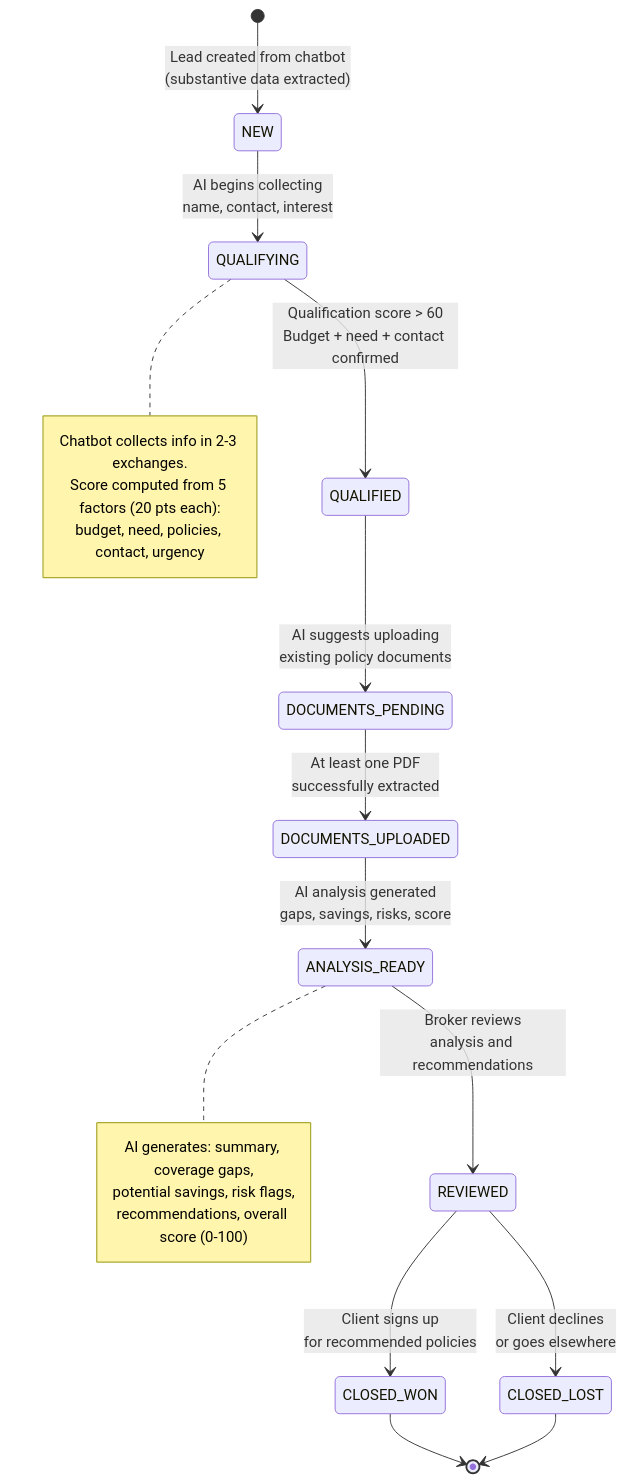
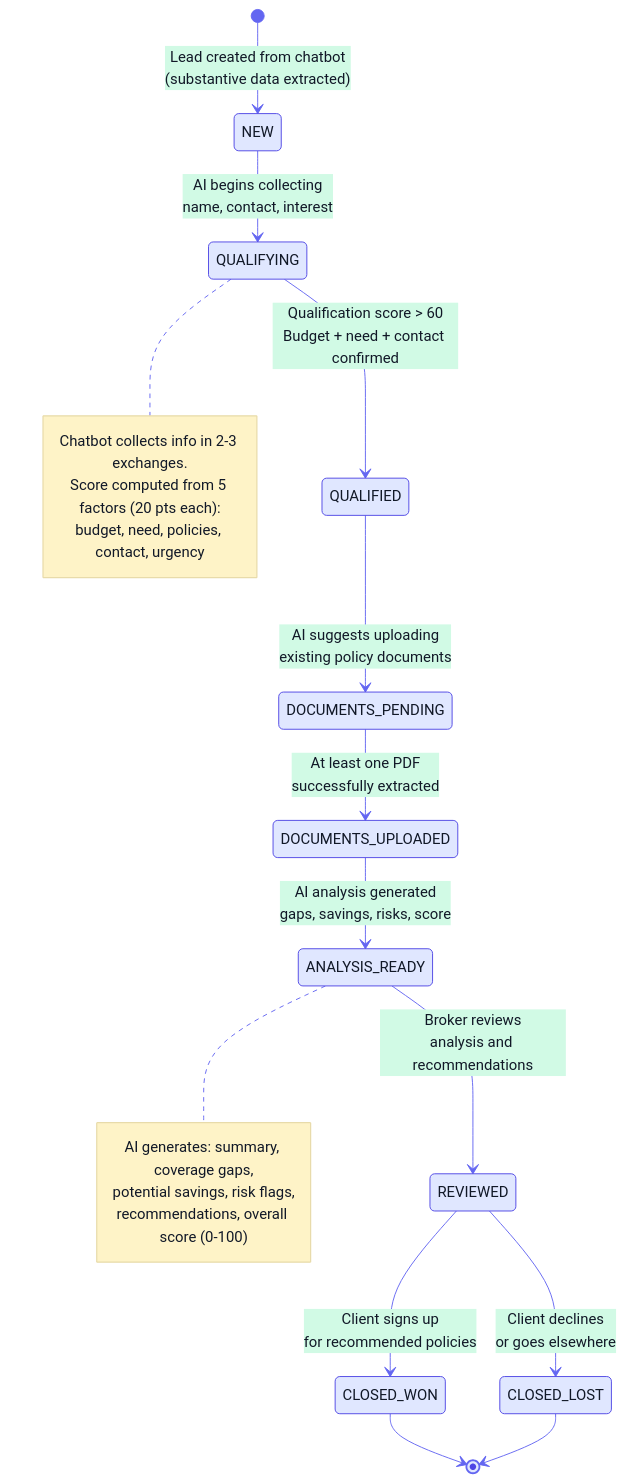
Before and after one commit to Aarav238/secureLife-ai: the second of 3 diagrams in diagrams/er-diagram.md, drawn with Mermaid. The commit also changed other lines of this file and 2 other files, not shown here.

Commit message:
feat: update diagrams with consistent theme variables for improved styling and clarity

````diff
--- a/diagrams/er-diagram.md
+++ b/diagrams/er-diagram.md
@@ -85,32 +86,33 @@
 ```mermaid
+%%{init: {'theme': 'base', 'themeVariables': {'primaryColor': '#e0e7ff', 'primaryTextColor': '#111827', 'primaryBorderColor': '#4f46e5', 'lineColor': '#6366f1', 'secondaryColor': '#d1fae5', 'tertiaryColor': '#fef3c7', 'noteBkgColor': '#fef3c7', 'noteTextColor': '#111827', 'labelTextColor': '#111827'}}}%%
 stateDiagram-v2
     [*] --> NEW : Lead created from chatbot<br/>(substantive data extracted)
 
     NEW --> QUALIFYING : AI begins collecting<br/>name, contact, interest
     QUALIFYING --> QUALIFIED : Qualification score > 60<br/>Budget + need + contact confirmed
 
     QUALIFIED --> DOCUMENTS_PENDING : AI suggests uploading<br/>existing policy documents
     DOCUMENTS_PENDING --> DOCUMENTS_UPLOADED : At least one PDF<br/>successfully extracted
 
     DOCUMENTS_UPLOADED --> ANALYSIS_READY : AI analysis generated<br/>gaps, savings, risks, score
 
     ANALYSIS_READY --> REVIEWED : Broker reviews<br/>analysis and recommendations
 
     REVIEWED --> CLOSED_WON : Client signs up<br/>for recommended policies
     REVIEWED --> CLOSED_LOST : Client declines<br/>or goes elsewhere
 
     CLOSED_WON --> [*]
     CLOSED_LOST --> [*]
 
     note right of QUALIFYING
         Chatbot collects info in 2-3 exchanges.
         Score computed from 5 factors (20 pts each):
         budget, need, policies, contact, urgency
     end note
 
     note right of ANALYSIS_READY
         AI generates: summary, coverage gaps,
         potential savings, risk flags,
         recommendations, overall score (0-100)
     end note
 ```
````
